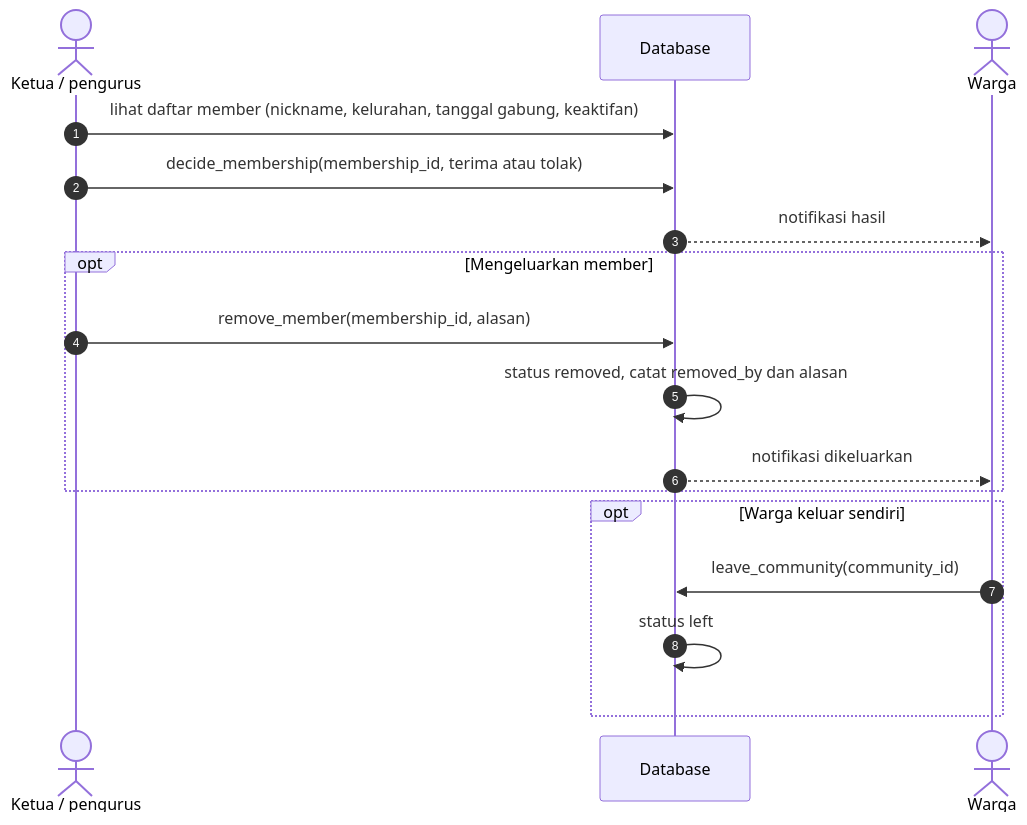
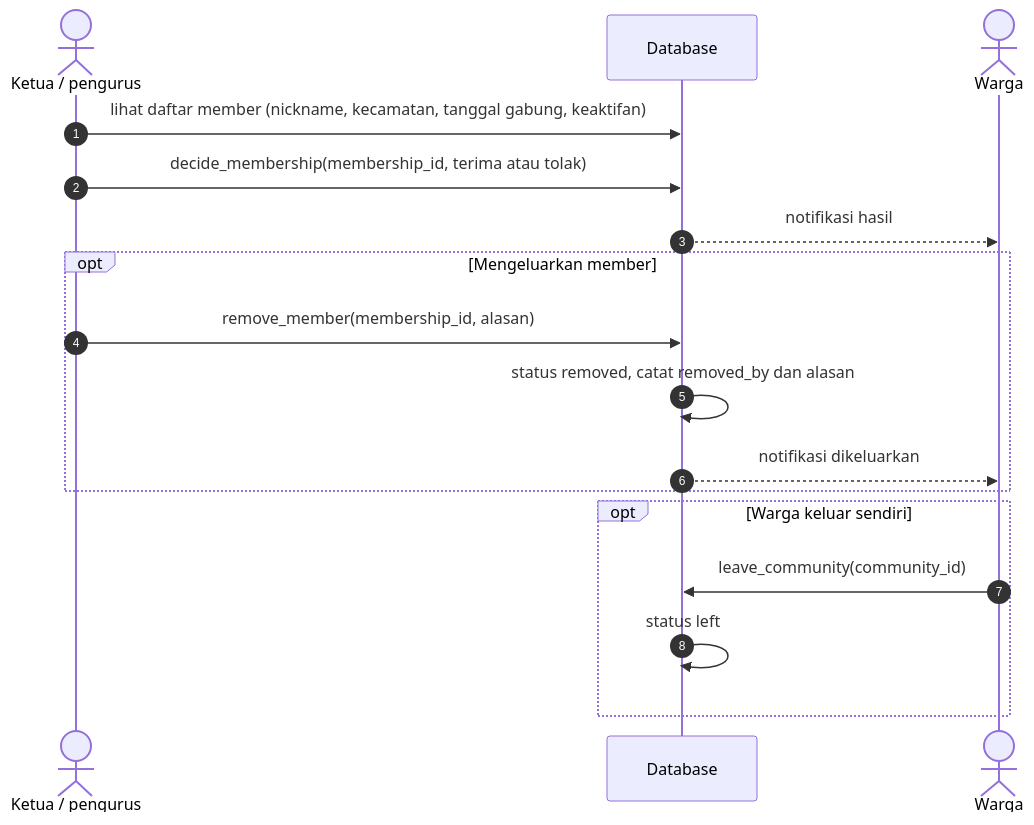
Before and after one commit to mirwanma/gasyu: diagram 18 of 30 in docs/ALUR-SISTEM.md, drawn with Mermaid. The commit also changed other lines of this file and 3 other files, not shown here.

````diff
--- a/docs/ALUR-SISTEM.md
+++ b/docs/ALUR-SISTEM.md
@@ -788,19 +804,19 @@
 ```mermaid
 sequenceDiagram
     autonumber
     actor T as Ketua / pengurus
     participant DB as Database
     actor W as Warga
-    T->>DB: lihat daftar member (nickname, kelurahan, tanggal gabung, keaktifan)
+    T->>DB: lihat daftar member (nickname, kecamatan, tanggal gabung, keaktifan)
     T->>DB: decide_membership(membership_id, terima atau tolak)
     DB-->>W: notifikasi hasil
     opt Mengeluarkan member
         T->>DB: remove_member(membership_id, alasan)
         DB->>DB: status removed, catat removed_by dan alasan
         DB-->>W: notifikasi dikeluarkan
     end
     opt Warga keluar sendiri
         W->>DB: leave_community(community_id)
         DB->>DB: status left
     end
 ```
````
